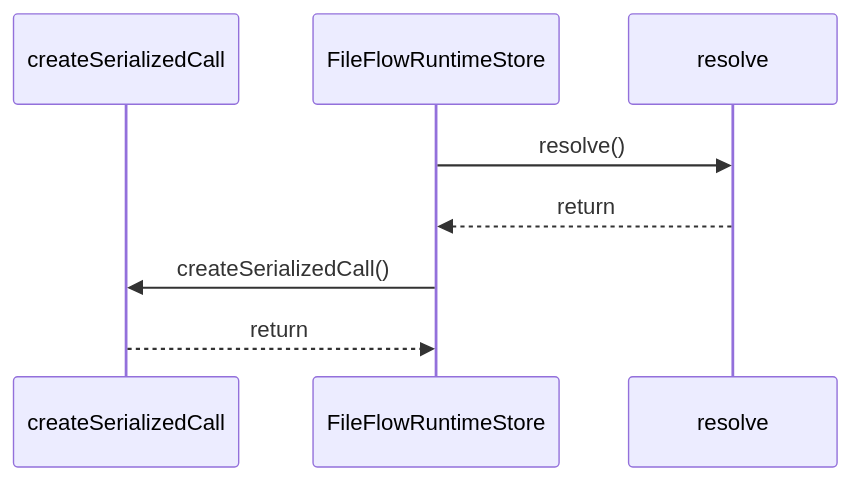
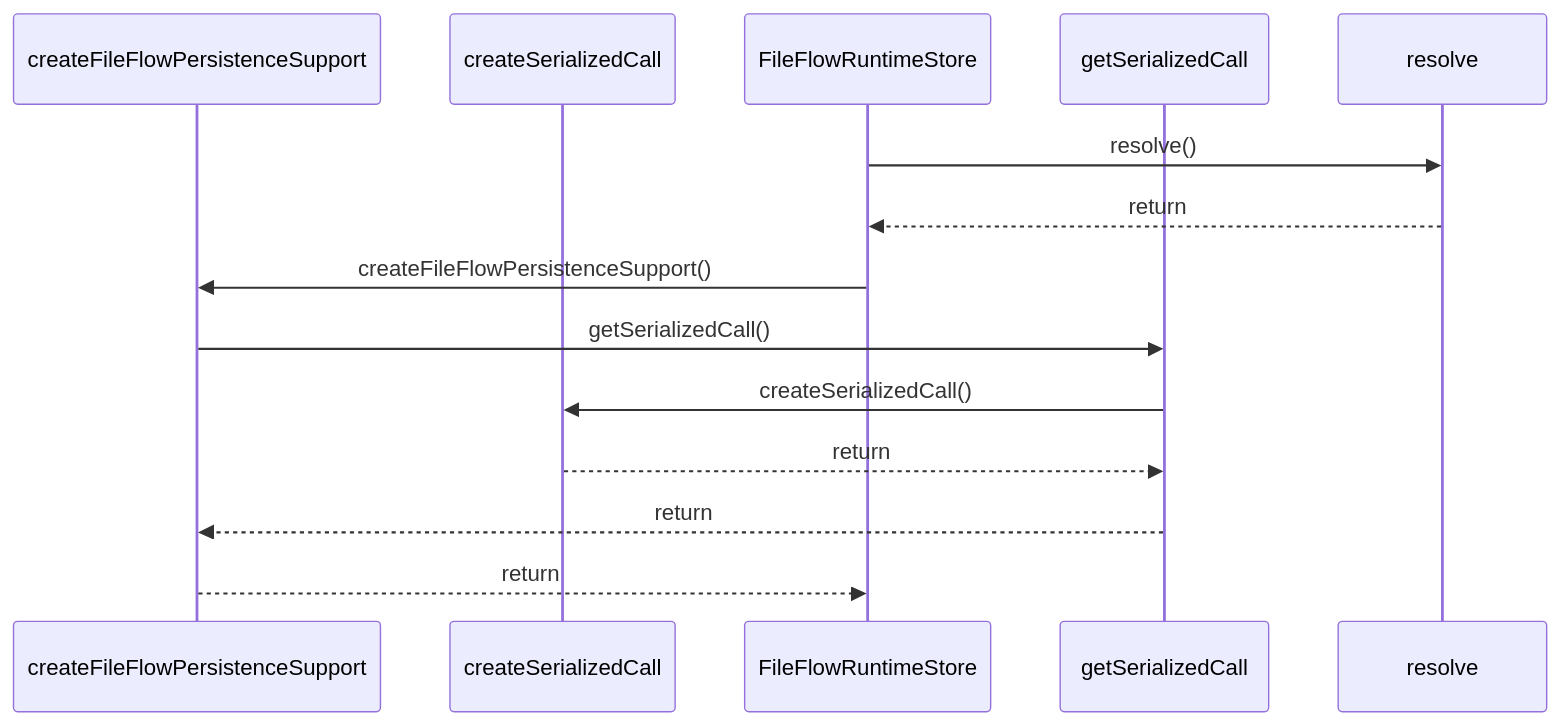
One commit to ankhorage/flow changed the diagram in paradox/diagrams/sequences/file-flow-runtime-store.mmd. Above: the diagram before and after it, drawn with Mermaid. The commit also changed 12 other files, not shown here.

```diff
--- a/paradox/diagrams/sequences/file-flow-runtime-store.mmd
+++ b/paradox/diagrams/sequences/file-flow-runtime-store.mmd
@@ -1,8 +1,14 @@
 sequenceDiagram
+  participant participant_createFileFlowPersistenceSupport as createFileFlowPersistenceSupport
   participant participant_createSerializedCall as createSerializedCall
   participant participant_FileFlowRuntimeStore as FileFlowRuntimeStore
+  participant participant_getSerializedCall as getSerializedCall
   participant participant_resolve as resolve
   participant_FileFlowRuntimeStore->>participant_resolve: resolve()
   participant_resolve-->>participant_FileFlowRuntimeStore: return
-  participant_FileFlowRuntimeStore->>participant_createSerializedCall: createSerializedCall()
-  participant_createSerializedCall-->>participant_FileFlowRuntimeStore: return
+  participant_FileFlowRuntimeStore->>participant_createFileFlowPersistenceSupport: createFileFlowPersistenceSupport()
+  participant_createFileFlowPersistenceSupport->>participant_getSerializedCall: getSerializedCall()
+  participant_getSerializedCall->>participant_createSerializedCall: createSerializedCall()
+  participant_createSerializedCall-->>participant_getSerializedCall: return
+  participant_getSerializedCall-->>participant_createFileFlowPersistenceSupport: return
+  participant_createFileFlowPersistenceSupport-->>participant_FileFlowRuntimeStore: return
```
